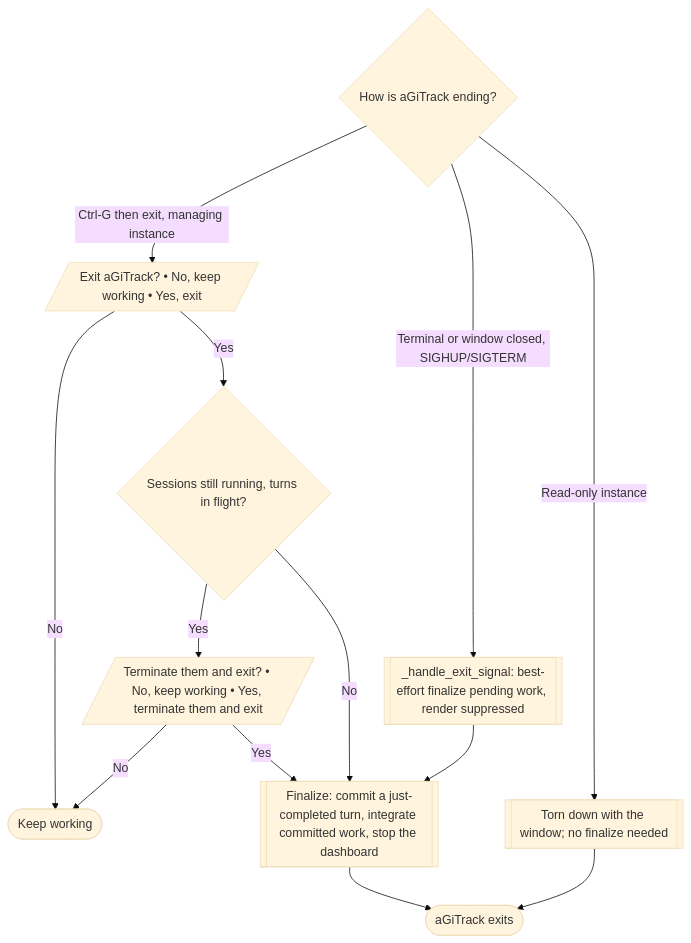
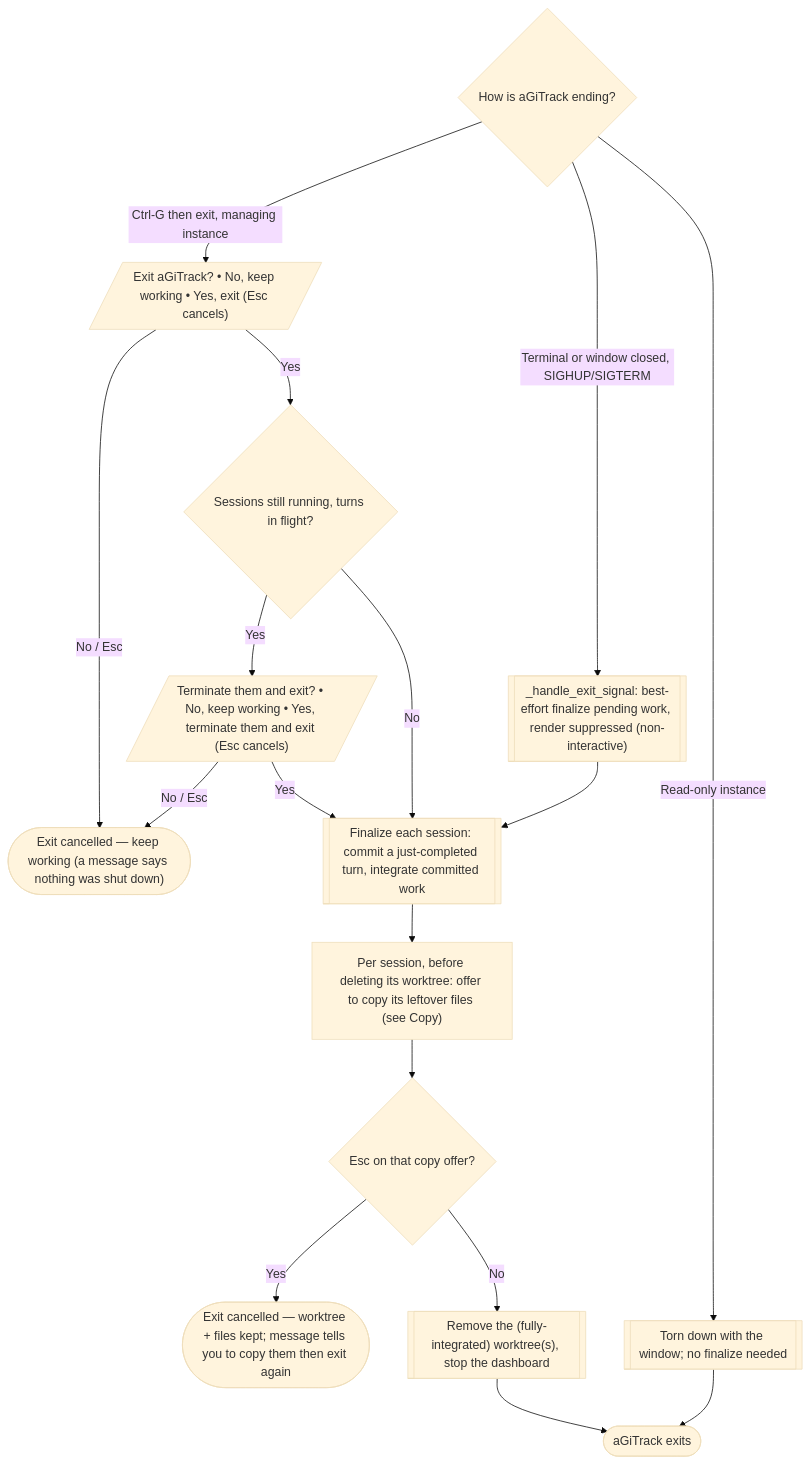
Before and after one commit to core-aix/agitrack: diagram 11 of 15 in docs/user-flow.md, drawn with Mermaid (base theme). The commit also changed other lines of this file and 5 other files, not shown here.

````diff
--- a/docs/user-flow.md
+++ b/docs/user-flow.md
@@ -395,19 +400,25 @@
 ```mermaid
 flowchart TD
   how{"How is aGiTrack ending?"}
-  how -->|Ctrl-G then exit, managing instance| conf[/"Exit aGiTrack? • No, keep working • Yes, exit"/]
-  conf -->|No| stay(["Keep working"])
+  how -->|Ctrl-G then exit, managing instance| conf[/"Exit aGiTrack? • No, keep working • Yes, exit (Esc cancels)"/]
+  conf -->|No / Esc| stay(["Exit cancelled — keep working (a message says nothing was shut down)"])
   conf -->|Yes| busy{"Sessions still running, turns in flight?"}
-  busy -->|Yes| term[/"Terminate them and exit? • No, keep working • Yes, terminate them and exit"/]
+  busy -->|Yes| term[/"Terminate them and exit? • No, keep working • Yes, terminate them and exit (Esc cancels)"/]
   busy -->|No| fin
-  term -->|No| stay
+  term -->|No / Esc| stay
   term -->|Yes| fin
 
-  how -->|Terminal or window closed, SIGHUP/SIGTERM| sig[["_handle_exit_signal: best-effort finalize pending work, render suppressed"]]
+  how -->|Terminal or window closed, SIGHUP/SIGTERM| sig[["_handle_exit_signal: best-effort finalize pending work, render suppressed (non-interactive)"]]
   how -->|Read-only instance| roexit[["Torn down with the window; no finalize needed"]]
 
-  fin[["Finalize: commit a just-completed turn, integrate committed work, stop the dashboard"]]
+  fin[["Finalize each session: commit a just-completed turn, integrate committed work"]]
+  fin --> copy2["Per session, before deleting its worktree: offer to copy its leftover files (see Copy)"]
+  copy2 --> esc{"Esc on that copy offer?"}
+  esc -->|Yes| abort(["Exit cancelled — worktree + files kept; message tells you to copy them then exit again"])
+  esc -->|No| rm[["Remove the (fully-integrated) worktree(s), stop the dashboard"]]
   sig --> fin
-  fin --> bye(["aGiTrack exits"])
+  rm --> bye(["aGiTrack exits"])
   roexit --> bye
+
+  click copy2 "#6-after-the-turn-copy-worktree-only-files-to-base"
 ```
````
